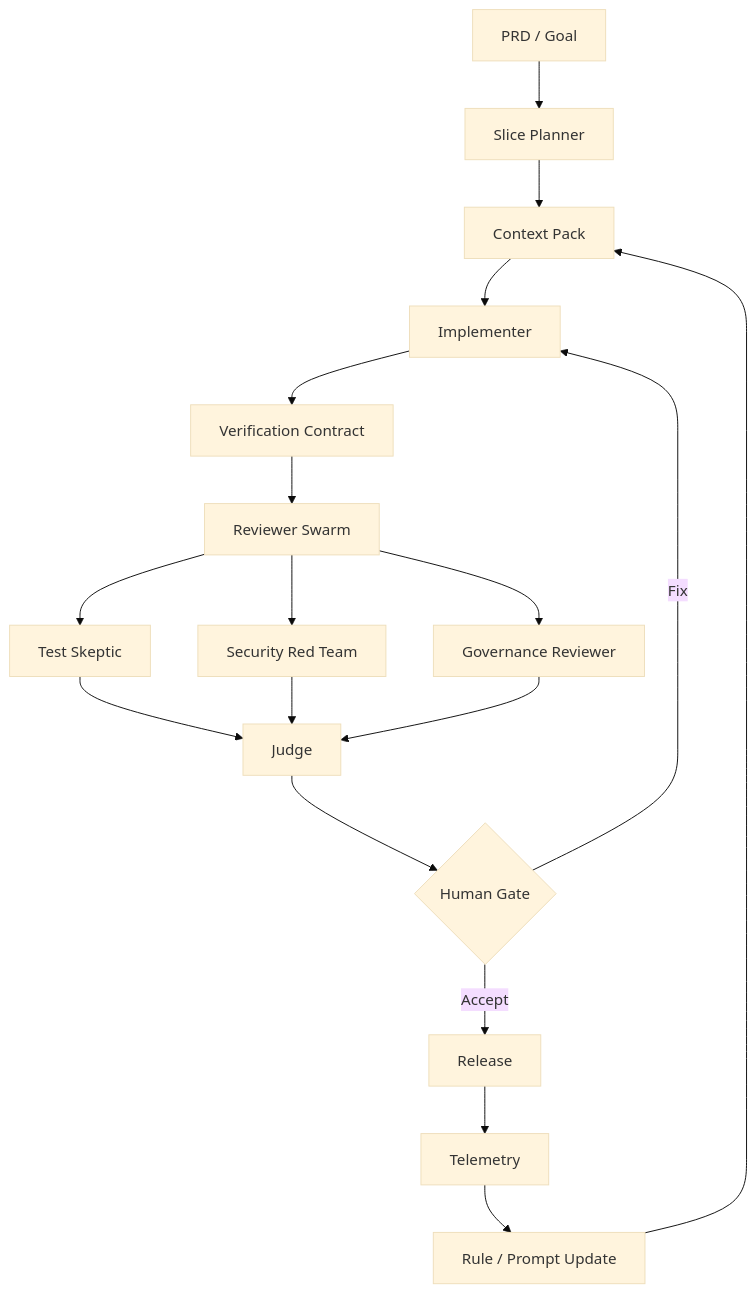
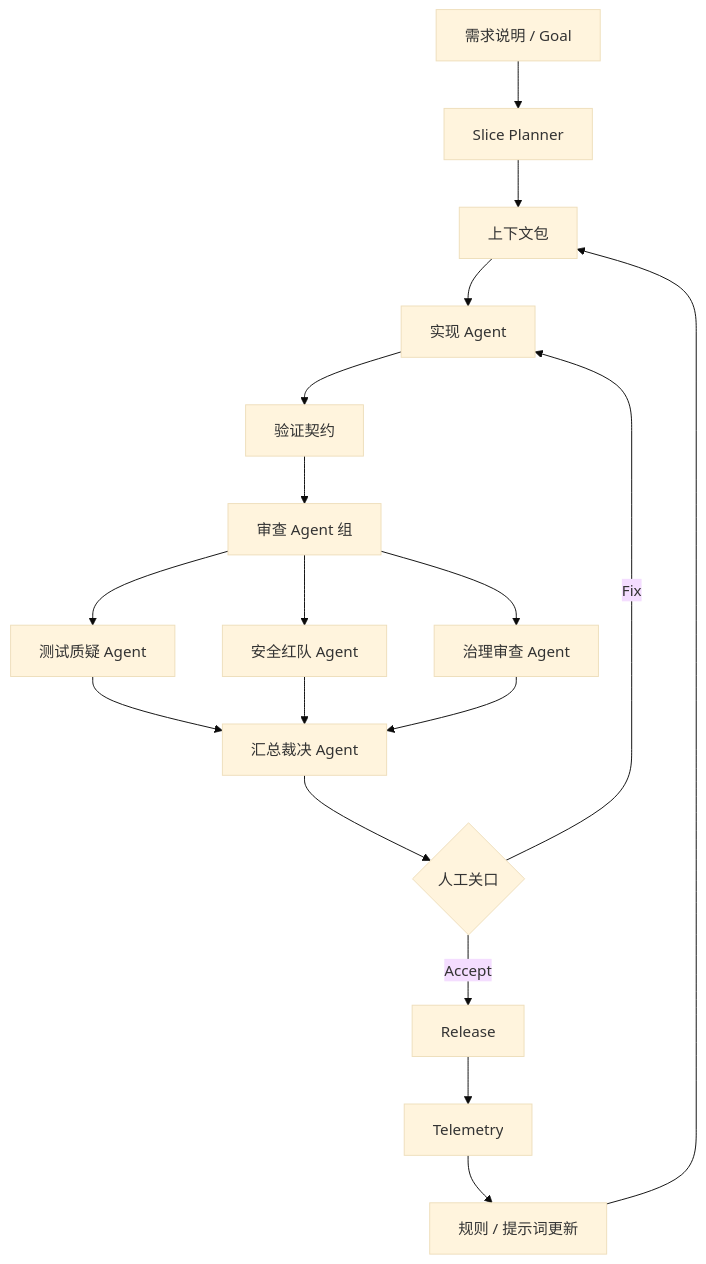
The diagram in docs/appendix/harness-reading-map.md (limecloud/aicoding), drawn with Mermaid (base theme) before and after one commit. The commit also changed other lines of this file and 60 other files, not shown here.

````diff
--- a/docs/appendix/harness-reading-map.md
+++ b/docs/appendix/harness-reading-map.md
@@ -35,20 +35,20 @@
 ```mermaid
 flowchart TD
-  A[PRD / Goal] --> B[Slice Planner]
-  B --> C[Context Pack]
-  C --> D[Implementer]
-  D --> E[Verification Contract]
-  E --> F[Reviewer Swarm]
-  F --> G[Test Skeptic]
-  F --> H[Security Red Team]
-  F --> I[Governance Reviewer]
-  G --> J[Judge]
+  A[需求说明 / Goal] --> B[Slice Planner]
+  B --> C[上下文包]
+  C --> D[实现 Agent]
+  D --> E[验证契约]
+  E --> F[审查 Agent 组]
+  F --> G[测试质疑 Agent]
+  F --> H[安全红队 Agent]
+  F --> I[治理审查 Agent]
+  G --> J[汇总裁决 Agent]
   H --> J
   I --> J
-  J --> K{Human Gate}
+  J --> K{人工关口}
   K -->|Fix| D
   K -->|Accept| L[Release]
   L --> M[Telemetry]
-  M --> N[Rule / Prompt Update]
+  M --> N[规则 / 提示词更新]
   N --> C
 ```
````
